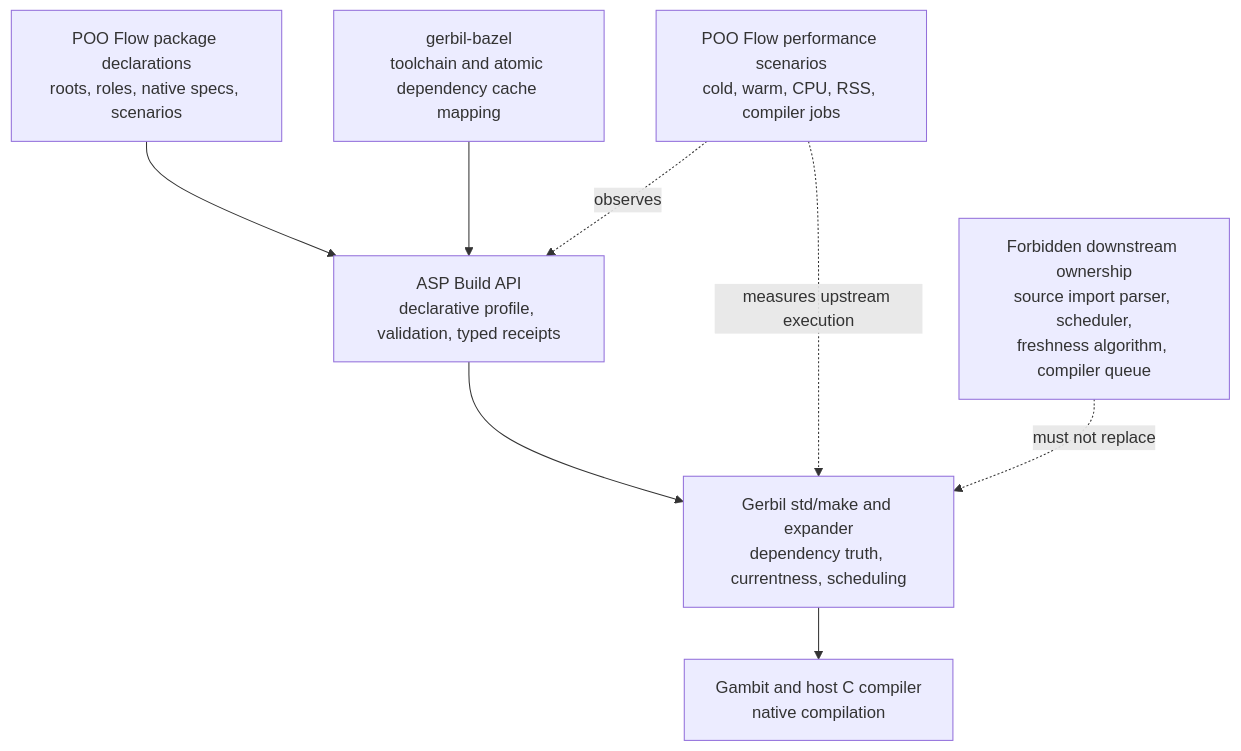
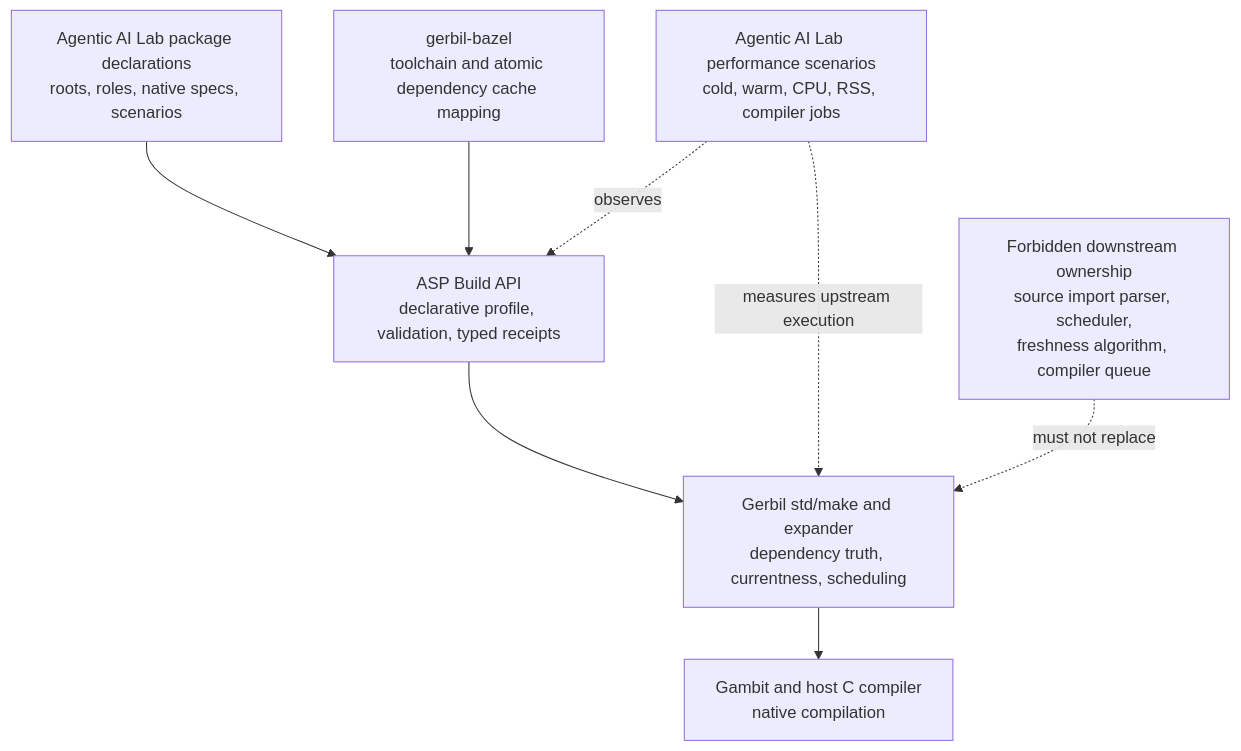
The first of 2 diagrams in module-system/design/39-gerbil-build-optimization-audit.org (tao3k/gebril-yuanxu), drawn with Mermaid before and after one commit. The commit also changed other lines of this file and 507 other files, not shown here.

```diff
--- a/module-system/design/39-gerbil-build-optimization-audit.org
+++ b/module-system/design/39-gerbil-build-optimization-audit.org
@@ -24,19 +24,19 @@
 #+begin_src mermaid
 flowchart TD
-  P["POO Flow package declarations<br/>roots, roles, native specs, scenarios"]
+  P["Agentic AI Lab package declarations<br/>roots, roles, native specs, scenarios"]
   A["ASP Build API<br/>declarative profile, validation, typed receipts"]
   M["Gerbil std/make and expander<br/>dependency truth, currentness, scheduling"]
   G["Gambit and host C compiler<br/>native compilation"]
   B["gerbil-bazel<br/>toolchain and atomic dependency cache mapping"]
-  C["POO Flow performance scenarios<br/>cold, warm, CPU, RSS, compiler jobs"]
+  C["Agentic AI Lab performance scenarios<br/>cold, warm, CPU, RSS, compiler jobs"]
 
   P --> A
   A --> M
   M --> G
   B --> A
   C -. observes .-> A
   C -. measures upstream execution .-> M
 
   X["Forbidden downstream ownership<br/>source import parser, scheduler,<br/>freshness algorithm, compiler queue"]
   X -. must not replace .-> M
 #+end_src
```
